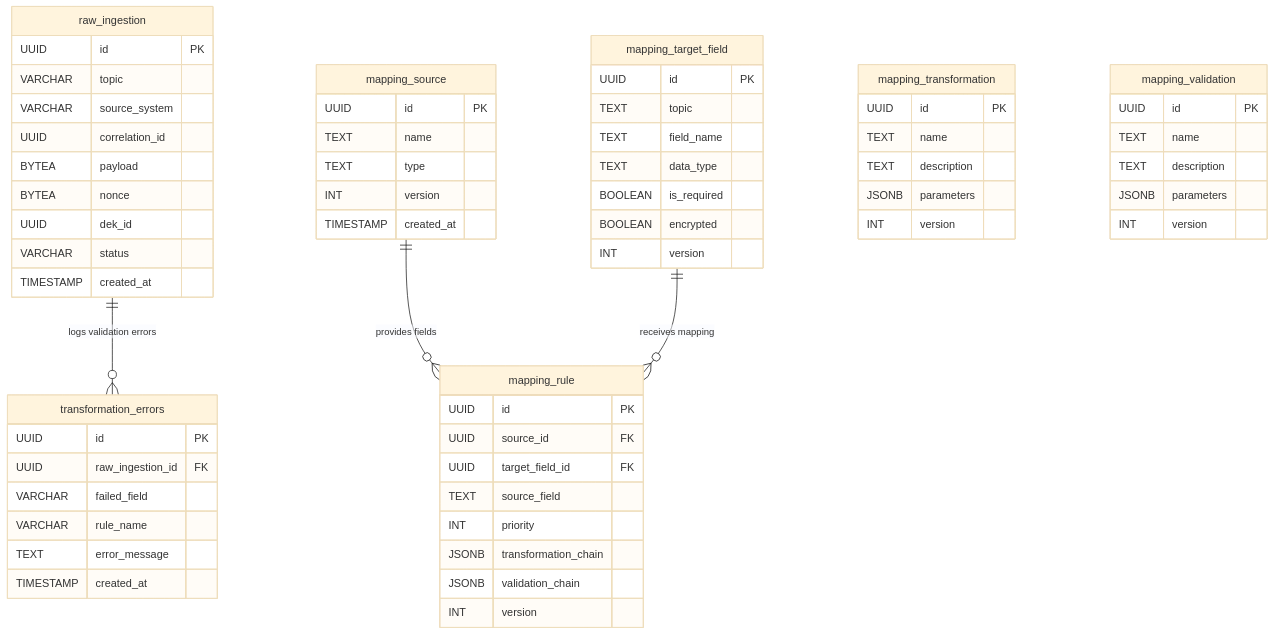
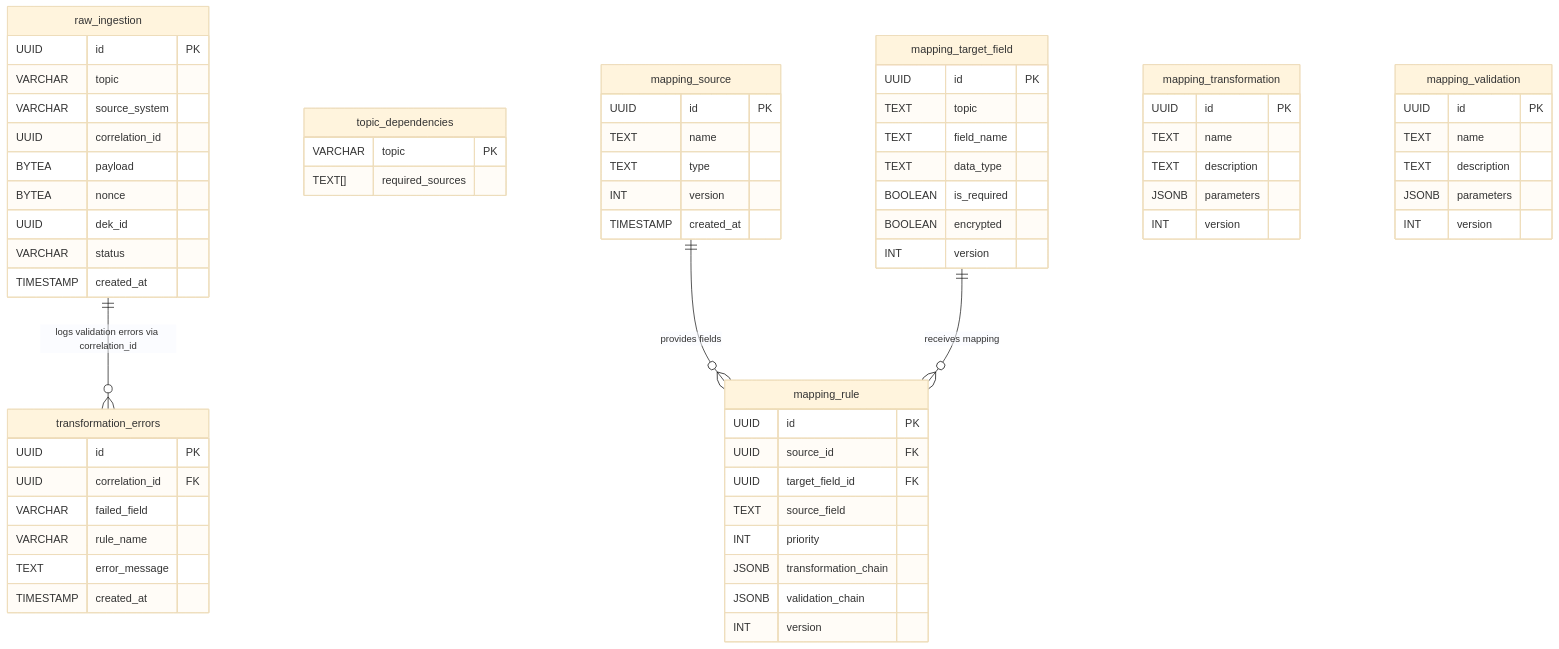
Before and after one commit to Zheng-Bote/mitm-2: the second of 3 diagrams in transformation-layer/README.md, drawn with Mermaid (base theme). The commit also changed other lines of this file and 7 other files, not shown here.

````diff
--- a/transformation-layer/README.md
+++ b/transformation-layer/README.md
@@ -43,72 +44,77 @@
 ```mermaid
 erDiagram
     raw_ingestion {
         UUID id PK
         VARCHAR topic
         VARCHAR source_system
         UUID correlation_id
         BYTEA payload
         BYTEA nonce
         UUID dek_id
         VARCHAR status
         TIMESTAMP created_at
     }
 
     transformation_errors {
         UUID id PK
-        UUID raw_ingestion_id FK
+        UUID correlation_id FK
         VARCHAR failed_field
         VARCHAR rule_name
         TEXT error_message
         TIMESTAMP created_at
+    }
+
+    topic_dependencies {
+        VARCHAR topic PK
+        TEXT[] required_sources
     }
 
     mapping_source {
         UUID id PK
         TEXT name
         TEXT type
         INT version
         TIMESTAMP created_at
     }
 
     mapping_target_field {
         UUID id PK
         TEXT topic
         TEXT field_name
         TEXT data_type
         BOOLEAN is_required
         BOOLEAN encrypted
         INT version
     }
 
     mapping_rule {
         UUID id PK
         UUID source_id FK
         UUID target_field_id FK
         TEXT source_field
         INT priority
         JSONB transformation_chain
         JSONB validation_chain
         INT version
     }
 
     mapping_transformation {
         UUID id PK
         TEXT name
         TEXT description
         JSONB parameters
         INT version
     }
 
     mapping_validation {
         UUID id PK
         TEXT name
         TEXT description
         JSONB parameters
         INT version
     }
 
-    raw_ingestion ||--o{ transformation_errors : "logs validation errors"
+    raw_ingestion ||--o{ transformation_errors : "logs validation errors via correlation_id"
     mapping_source ||--o{ mapping_rule : "provides fields"
     mapping_target_field ||--o{ mapping_rule : "receives mapping"
 ```
````
